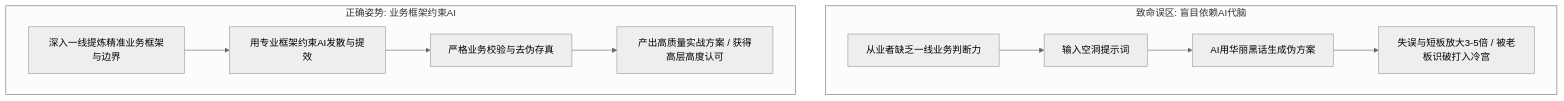
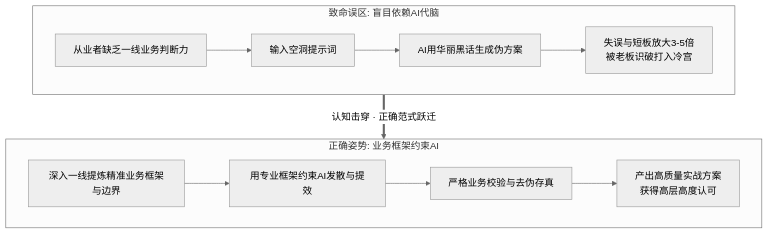
The fourth of 4 diagrams in content/live-20260922-laozeng-02.md (dollarser/knowledge), drawn with Mermaid (neutral theme) before and after one commit. The commit also changed other lines of this file and 10 other files, not shown here.

Commit message:
style: verticalize all mermaid diagrams and add mindmap architecture

````diff
--- a/content/live-20260922-laozeng-02.md
+++ b/content/live-20260922-laozeng-02.md
@@ -132,13 +133,14 @@
 ```mermaid
 flowchart TD
     subgraph Toxic["致命误区: 盲目依赖AI代脑"]
         NoSense["从业者缺乏一线业务判断力"] --> Prompt["输入空洞提示词"]
         Prompt --> Hallucination["AI用华丽黑话生成伪方案"]
-        Hallucination --> Disaster["失误与短板放大3-5倍 / 被老板识破打入冷宫"]
+        Hallucination --> Disaster["失误与短板放大3-5倍<br/>被老板识破打入冷宫"]
     end
     subgraph Master["正确姿势: 业务框架约束AI"]
         Context["深入一线提炼精准业务框架与边界"] --> Guide["用专业框架约束AI发散与提效"]
         Guide --> Review["严格业务校验与去伪存真"]
-        Review --> Win["产出高质量实战方案 / 获得高层高度认可"]
+        Review --> Win["产出高质量实战方案<br/>获得高层高度认可"]
     end
+    Toxic ==>|认知击穿 · 正确范式跃迁| Master
 ```
````
